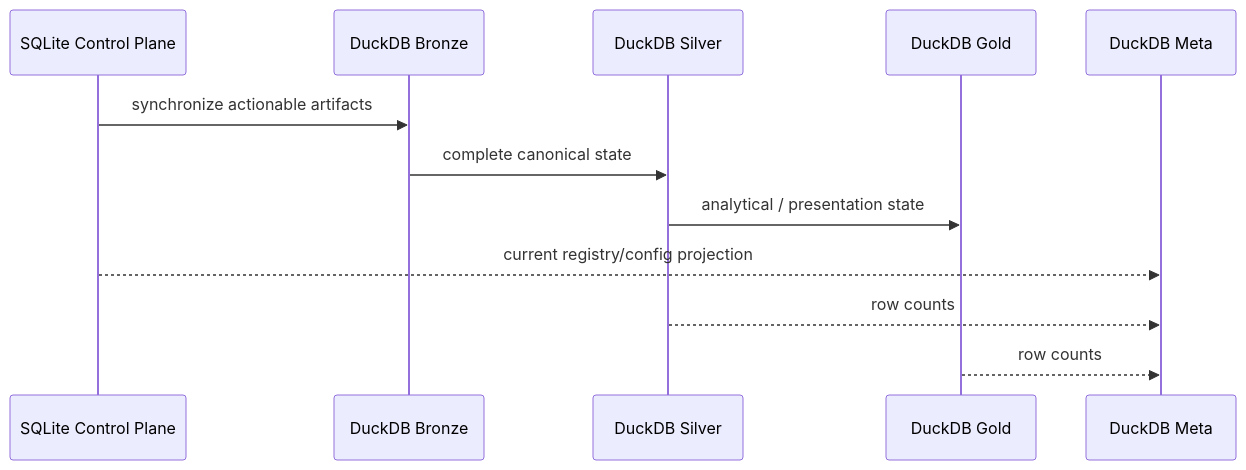
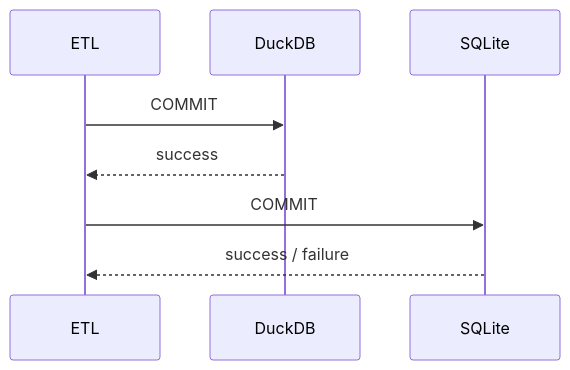
Before and after one commit to tks18/personal-finance-etl: the ninth of 11 diagrams in docs/architecture/warehouse-architecture.md, drawn with Mermaid. The commit also changed other lines of this file, not shown here.

````diff
--- a/docs/architecture/warehouse-architecture.md
+++ b/docs/architecture/warehouse-architecture.md
@@ -441,15 +367,11 @@
 ```mermaid
 sequenceDiagram
-    participant CP as SQLite Control Plane
-    participant B as DuckDB Bronze
-    participant S as DuckDB Silver
-    participant G as DuckDB Gold
-    participant M as DuckDB Meta
+    participant E as ETL
+    participant D as DuckDB
+    participant S as SQLite
 
-    CP->>B: synchronize actionable artifacts
-    B->>S: complete canonical state
-    S->>G: analytical / presentation state
-    CP-->>M: current registry/config projection
-    S-->>M: row counts
-    G-->>M: row counts
+    E->>D: COMMIT
+    D-->>E: success
+    E->>S: COMMIT
+    S-->>E: success / failure
 ```
````
